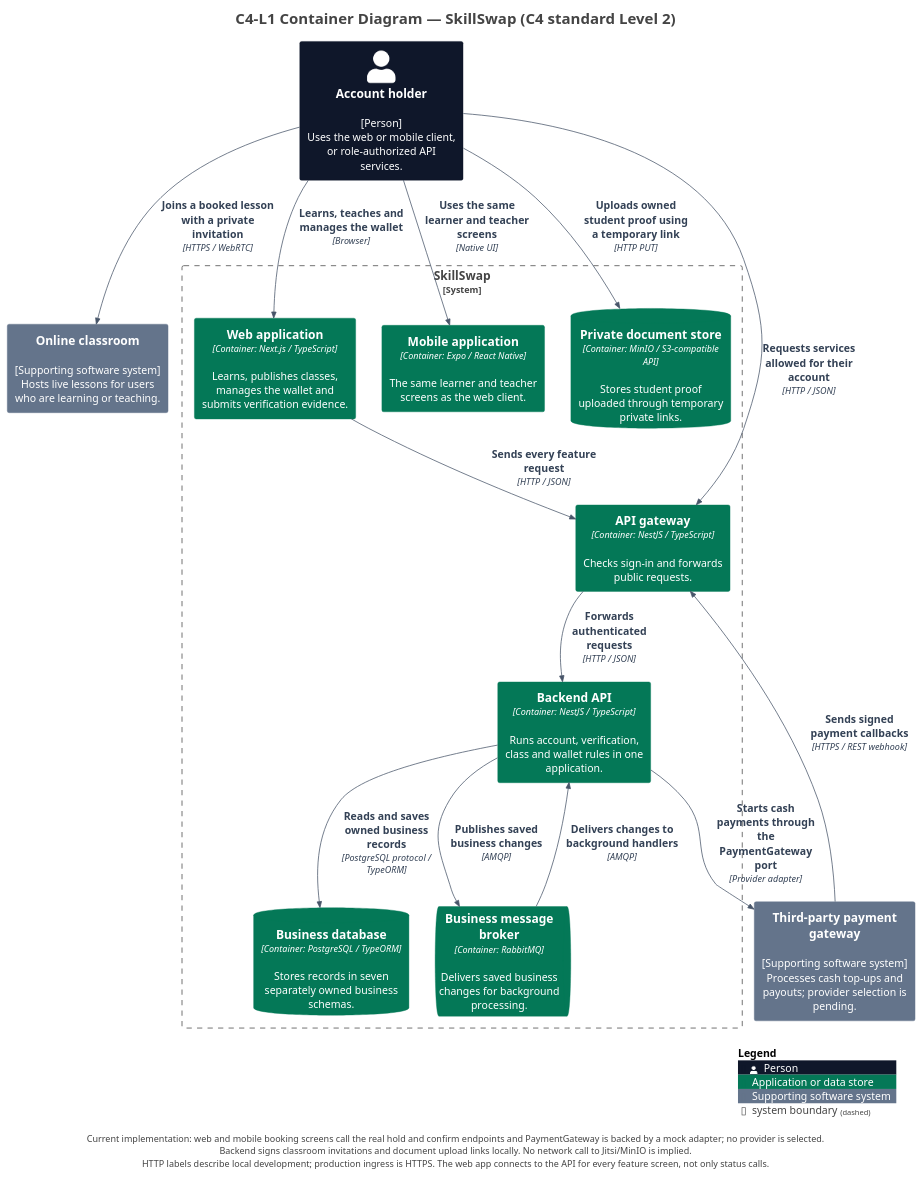
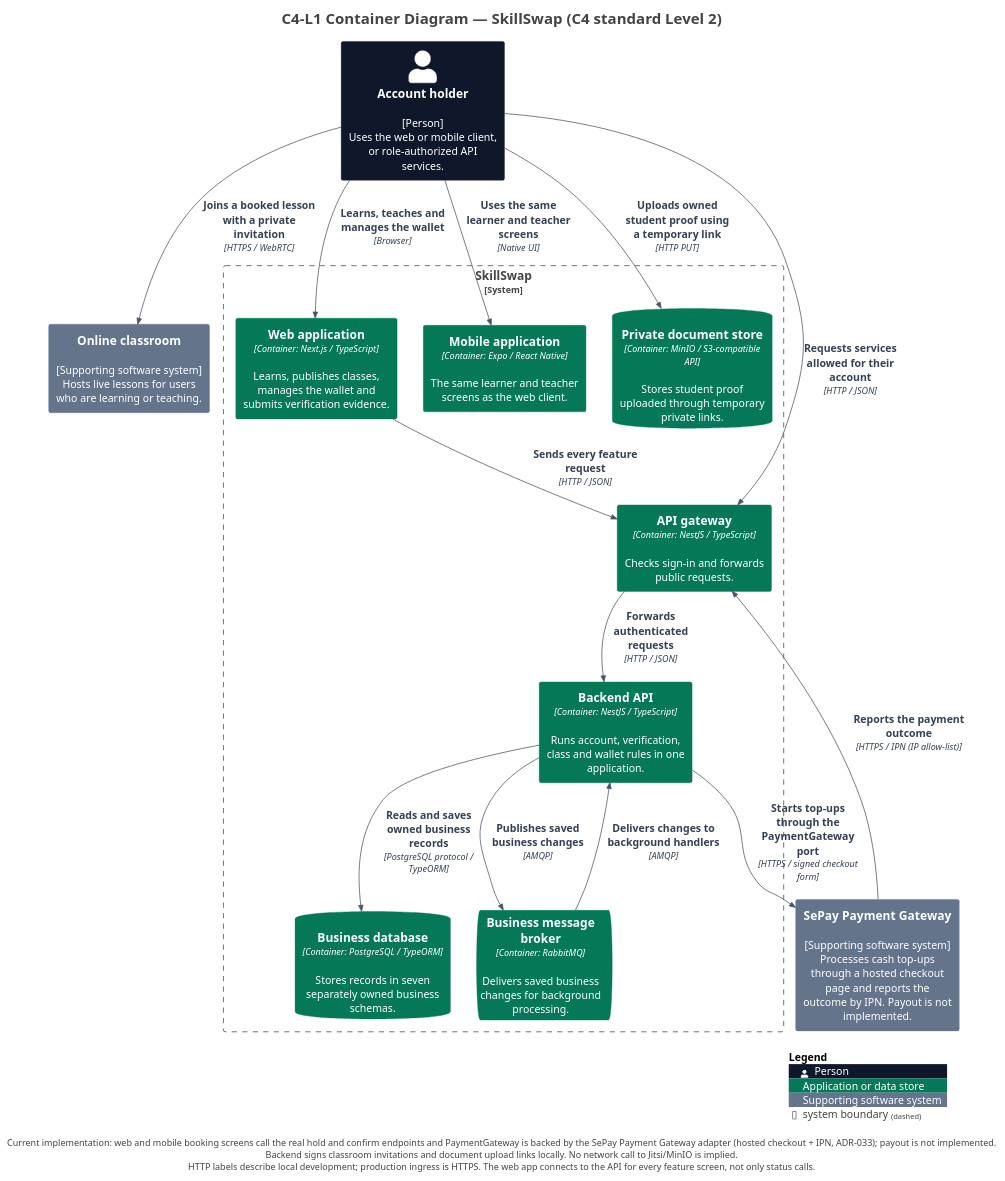
Before and after one commit to trankien022/SkillSwap: the diagram in docs/diagrams/c4/source/structurizr-Containers.puml, drawn with PlantUML. The commit also changed 97 other files, not shown here.

First line of the commit message:
feat(wallet): FR-008 top-up via SePay Payment Gateway (ADR-033) (#85)

```diff
--- a/docs/diagrams/c4/source/structurizr-Containers.puml
+++ b/docs/diagrams/c4/source/structurizr-Containers.puml
@@ -1,66 +1,66 @@
 @startuml
 title C4-L1 Container Diagram — SkillSwap (C4 standard Level 2)
 
 set separator none
 top to bottom direction
 
 <style>
   root {
     BackgroundColor: #ffffff
     FontColor: #444444
   }
 </style>
 
 !include <C4/C4>
 !include <C4/C4_Context>
 !include <C4/C4_Container>
 
 ' Presentation only: model elements and relationships come from workspace.dsl.
 skinparam defaultFontName Arial
 skinparam defaultFontSize 14
 skinparam shadowing false
 skinparam nodesep 35
 skinparam ranksep 45
 skinparam footerFontSize 12
 skinparam titleFontSize 20
 UpdateElementStyle("person", $bgColor="#0F172A", $fontColor="#FFFFFF", $borderColor="#0F172A", $legendText="Person")
 UpdateElementStyle("system", $bgColor="#047857", $fontColor="#FFFFFF", $borderColor="#047857", $legendText="Software system in scope")
 UpdateElementStyle("external_system", $bgColor="#64748B", $fontColor="#FFFFFF", $borderColor="#64748B", $legendText="Supporting software system")
 UpdateElementStyle("container", $bgColor="#047857", $fontColor="#FFFFFF", $borderColor="#047857", $legendText="Application or data store")
 UpdateRelStyle($lineColor="#475569", $textColor="#334155")
 
 Person(AccountHolder, "Account holder", $descr="[Person]\nUses the web or mobile client, or role-authorized API services.", $tags="", $link="")
 System_Ext(Onlineclassroom, "Online classroom", $descr="[Supporting software system]\nHosts live lessons for users who are learning or teaching.", $tags="", $link="")
-System_Ext(Paymentgateway, "Third-party payment gateway", $descr="[Supporting software system]\nProcesses cash top-ups and payouts; provider selection is pending.", $tags="", $link="")
+System_Ext(Paymentgateway, "SePay Payment Gateway", $descr="[Supporting software system]\nProcesses cash top-ups through a hosted checkout page and reports the outcome by IPN. Payout is not implemented.", $tags="", $link="")
 
 System_Boundary("SkillSwap_boundary", "SkillSwap", $tags="") {
   Container(SkillSwap.APIgateway, "API gateway", $techn="Container: NestJS / TypeScript", $descr="Checks sign-in and forwards public requests.", $tags="", $link="")
   Container(SkillSwap.BackendAPI, "Backend API", $techn="Container: NestJS / TypeScript", $descr="Runs account, verification, class and wallet rules in one application.", $tags="", $link="")
   ContainerDb(SkillSwap.Businessdatabase, "Business database", $techn="Container: PostgreSQL / TypeORM", $descr="Stores records in seven separately owned business schemas.", $tags="", $link="")
   ContainerQueue(SkillSwap.Businessmessagebroker, "Business message broker", $techn="Container: RabbitMQ", $descr="Delivers saved business changes for background processing.", $tags="", $link="")
   ContainerDb(SkillSwap.Privatedocumentstore, "Private document store", $techn="Container: MinIO / S3-compatible API", $descr="Stores student proof uploaded through temporary private links.", $tags="", $link="")
   Container(SkillSwap.Webapplication, "Web application", $techn="Container: Next.js / TypeScript", $descr="Learns, publishes classes, manages the wallet and submits verification evidence.", $tags="", $link="")
   Container(SkillSwap.Mobileapplication, "Mobile application", $techn="Container: Expo / React Native", $descr="The same learner and teacher screens as the web client.", $tags="", $link="")
 }
 
 Rel(AccountHolder, SkillSwap.Webapplication, "Learns, teaches and manages the wallet", $techn="Browser", $tags="", $link="")
 Rel(AccountHolder, SkillSwap.Mobileapplication, "Uses the same learner and teacher screens", $techn="Native UI", $tags="", $link="")
 Rel(AccountHolder, SkillSwap.APIgateway, "Requests services allowed for their account", $techn="HTTP / JSON", $tags="", $link="")
 Rel(AccountHolder, SkillSwap.Privatedocumentstore, "Uploads owned student proof using a temporary link", $techn="HTTP PUT", $tags="", $link="")
 Rel(AccountHolder, Onlineclassroom, "Joins a booked lesson with a private invitation", $techn="HTTPS / WebRTC", $tags="", $link="")
 Rel(SkillSwap.Webapplication, SkillSwap.APIgateway, "Sends every feature request", $techn="HTTP / JSON", $tags="", $link="")
 Rel(SkillSwap.APIgateway, SkillSwap.BackendAPI, "Forwards authenticated requests", $techn="HTTP / JSON", $tags="", $link="")
 Rel(SkillSwap.BackendAPI, SkillSwap.Businessdatabase, "Reads and saves owned business records", $techn="PostgreSQL protocol / TypeORM", $tags="", $link="")
 Rel(SkillSwap.BackendAPI, SkillSwap.Businessmessagebroker, "Publishes saved business changes", $techn="AMQP", $tags="", $link="")
 Rel(SkillSwap.Businessmessagebroker, SkillSwap.BackendAPI, "Delivers changes to background handlers", $techn="AMQP", $tags="", $link="")
-Rel(SkillSwap.BackendAPI, Paymentgateway, "Starts cash payments through the PaymentGateway port", $techn="Provider adapter", $tags="", $link="")
-Rel(Paymentgateway, SkillSwap.APIgateway, "Sends signed payment callbacks", $techn="HTTPS / REST webhook", $tags="", $link="")
+Rel(SkillSwap.BackendAPI, Paymentgateway, "Starts top-ups through the PaymentGateway port", $techn="HTTPS / signed checkout form", $tags="", $link="")
+Rel(Paymentgateway, SkillSwap.APIgateway, "Reports the payment outcome", $techn="HTTPS / IPN (IP allow-list)", $tags="", $link="")
 
 Lay_R(AccountHolder, Onlineclassroom)
 Lay_R(SkillSwap.Webapplication, SkillSwap.Mobileapplication)
 Lay_D(SkillSwap.APIgateway, SkillSwap.BackendAPI)
 Lay_R(SkillSwap.Businessdatabase, SkillSwap.Businessmessagebroker)
 Lay_R(SkillSwap.Privatedocumentstore, Onlineclassroom)
 SHOW_LEGEND()
-footer Current implementation: web and mobile booking screens call the real hold and confirm endpoints and PaymentGateway is backed by a mock adapter; no provider is selected.\nBackend signs classroom invitations and document upload links locally. No network call to Jitsi/MinIO is implied.\nHTTP labels describe local development; production ingress is HTTPS. The web app connects to the API for every feature screen, not only status calls.
+footer Current implementation: web and mobile booking screens call the real hold and confirm endpoints and PaymentGateway is backed by the SePay Payment Gateway adapter (hosted checkout + IPN, ADR-033); payout is not implemented.\nBackend signs classroom invitations and document upload links locally. No network call to Jitsi/MinIO is implied.\nHTTP labels describe local development; production ingress is HTTPS. The web app connects to the API for every feature screen, not only status calls.
 @enduml
```
